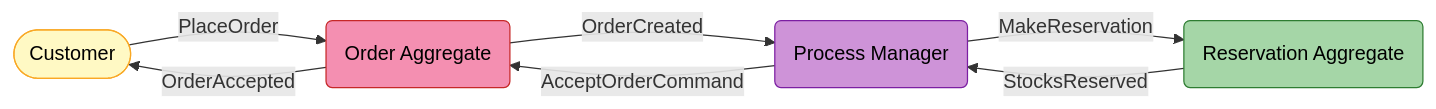
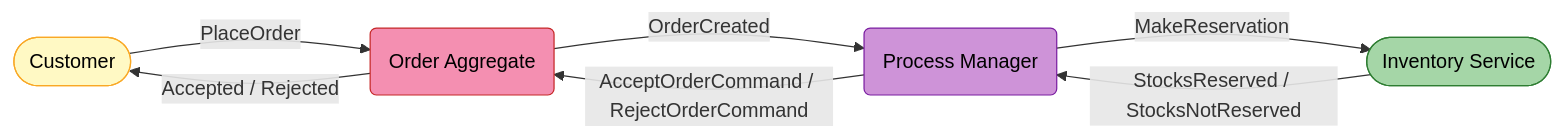
One commit to mnnam1302/EShop changed the first of 10 diagrams in Order/src/EShop.Order.API/README.md. Above: the diagram before and after it, drawn with Mermaid. The commit also changed other lines of this file and 14 other files, not shown here.

````diff
--- a/Order/src/EShop.Order.API/README.md
+++ b/Order/src/EShop.Order.API/README.md
@@ -11,19 +13,19 @@
 ```mermaid
 graph LR
     classDef actor   fill:#fff9c4,color:#000,stroke:#f9a825
     classDef agg     fill:#f48fb1,color:#000,stroke:#c62828
     classDef pm      fill:#ce93d8,color:#000,stroke:#7b1fa2
     classDef inv     fill:#a5d6a7,color:#000,stroke:#2e7d32
 
     C([Customer]):::actor
     OA(Order Aggregate):::agg
     PM(Process Manager):::pm
-    RA(Reservation Aggregate):::inv
+    INV([Inventory Service]):::inv
 
     C -->|"PlaceOrder"| OA
     OA -->|"OrderCreated"| PM
-    PM -->|"MakeReservation"| RA
-    RA -->|"StocksReserved"| PM
-    PM -->|"AcceptOrderCommand"| OA
-    OA -->|"OrderAccepted"| C
+    PM -->|"MakeReservation"| INV
+    INV -->|"StocksReserved / StocksNotReserved"| PM
+    PM -->|"AcceptOrderCommand / RejectOrderCommand"| OA
+    OA -->|"Accepted / Rejected"| C
 ```
````
